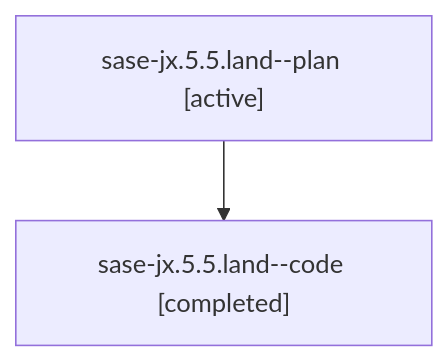
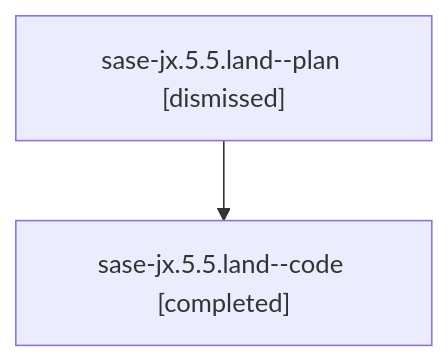
The diagram in sessions/bbugyi200.athena.sase-jx.5.5.land.md (sase-org/sase--agents), drawn with Mermaid before and after one commit. The commit also changed other lines of this file and 82 other files, not shown here.

````diff
--- a/sessions/bbugyi200.athena.sase-jx.5.5.land.md
+++ b/sessions/bbugyi200.athena.sase-jx.5.5.land.md
@@ -9,6 +9,6 @@
 ```mermaid
 flowchart TD
-  n0["sase-jx.5.5.land--plan [active]"]
+  n0["sase-jx.5.5.land--plan [dismissed]"]
   n1["sase-jx.5.5.land--code [completed]"]
   n0 --> n1
 ```
````
